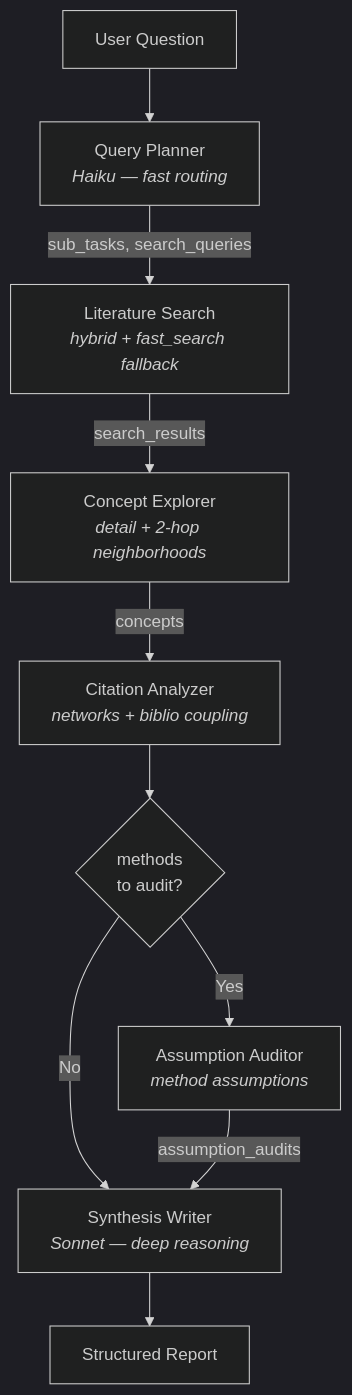
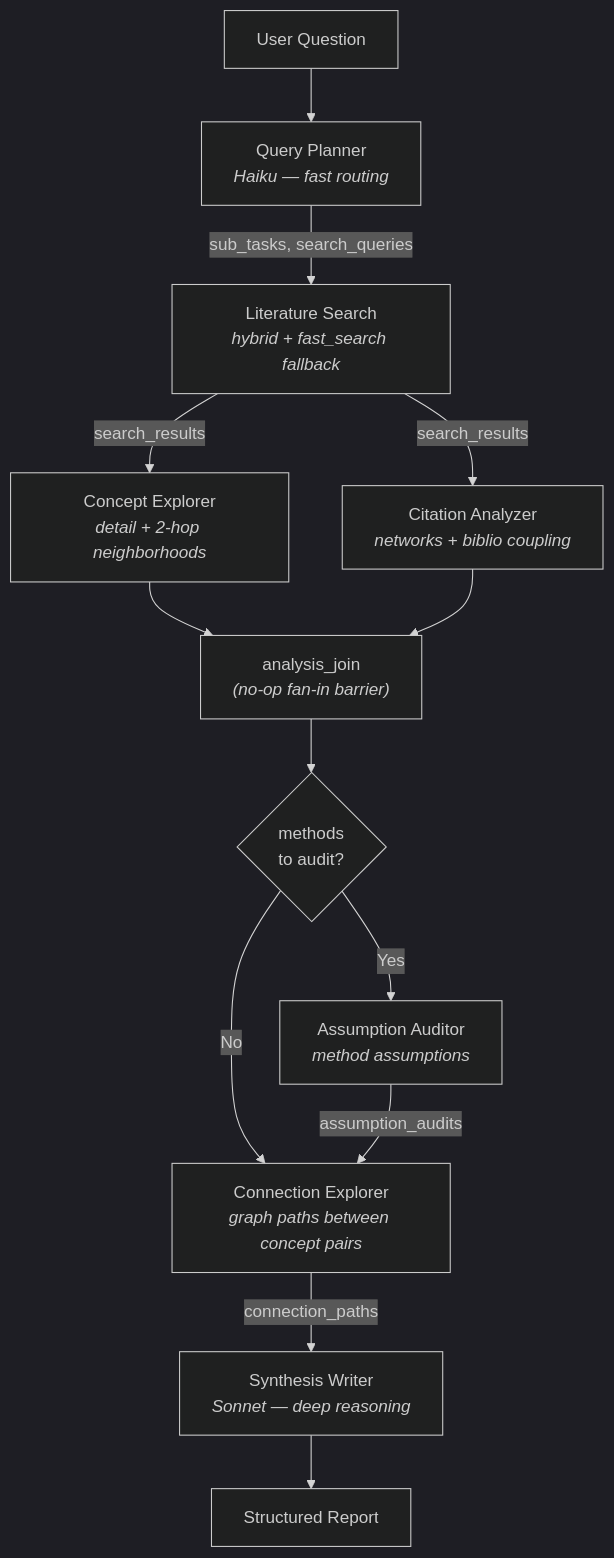
The first of 2 diagrams in README.md (brandon-behring/research-agent), drawn with Mermaid (dark theme) before and after one commit. The commit also changed other lines of this file, not shown here.

````diff
--- a/README.md
+++ b/README.md
@@ -18,21 +18,26 @@
 ```mermaid
 flowchart TD
     Q["User Question"]
     QP["Query Planner<br/><i>Haiku — fast routing</i>"]
     LS["Literature Search<br/><i>hybrid + fast_search fallback</i>"]
     CE["Concept Explorer<br/><i>detail + 2-hop neighborhoods</i>"]
     CA["Citation Analyzer<br/><i>networks + biblio coupling</i>"]
+    AJ["analysis_join<br/><i>(no-op fan-in barrier)</i>"]
     AA["Assumption Auditor<br/><i>method assumptions</i>"]
+    CN["Connection Explorer<br/><i>graph paths between concept pairs</i>"]
     SW["Synthesis Writer<br/><i>Sonnet — deep reasoning</i>"]
     R["Structured Report"]
 
     Q --> QP
     QP -->|"sub_tasks, search_queries"| LS
     LS -->|"search_results"| CE
-    CE -->|"concepts"| CA
-    CA --> D{methods<br/>to audit?}
+    LS -->|"search_results"| CA
+    CE --> AJ
+    CA --> AJ
+    AJ --> D{methods<br/>to audit?}
     D -->|Yes| AA
-    D -->|No| SW
-    AA -->|"assumption_audits"| SW
+    D -->|No| CN
+    AA -->|"assumption_audits"| CN
+    CN -->|"connection_paths"| SW
     SW --> R
 ```
````
